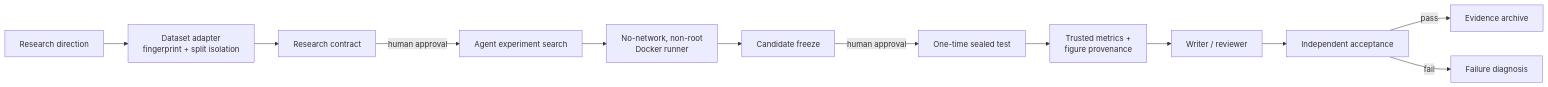
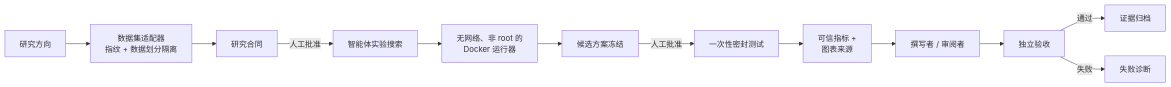
One commit to fearless239/pathology-ai-scientist changed the diagram in README.md. Above: the diagram before and after it, drawn with Mermaid. The commit also changed other lines of this file, not shown here.

````diff
--- a/README.md
+++ b/README.md
@@ -76,14 +54,14 @@
 ```mermaid
 flowchart LR
-  Q[Research direction] --> D[Dataset adapter\nfingerprint + split isolation]
-  D --> C[Research contract]
-  C -->|human approval| E[Agent experiment search]
-  E --> S[No-network, non-root\nDocker runner]
-  S --> F[Candidate freeze]
-  F -->|human approval| T[One-time sealed test]
-  T --> P[Trusted metrics +\nfigure provenance]
-  P --> W[Writer / reviewer]
-  W --> A[Independent acceptance]
-  A -->|pass| R[Evidence archive]
-  A -->|fail| X[Failure diagnosis]
+  Q[研究方向] --> D[数据集适配器\n指纹 + 数据划分隔离]
+  D --> C[研究合同]
+  C -->|人工批准| E[智能体实验搜索]
+  E --> S[无网络、非 root 的\nDocker 运行器]
+  S --> F[候选方案冻结]
+  F -->|人工批准| T[一次性密封测试]
+  T --> P[可信指标 +\n图表来源]
+  P --> W[撰写者 / 审阅者]
+  W --> A[独立验收]
+  A -->|通过| R[证据归档]
+  A -->|失败| X[失败诊断]
 ```
````
